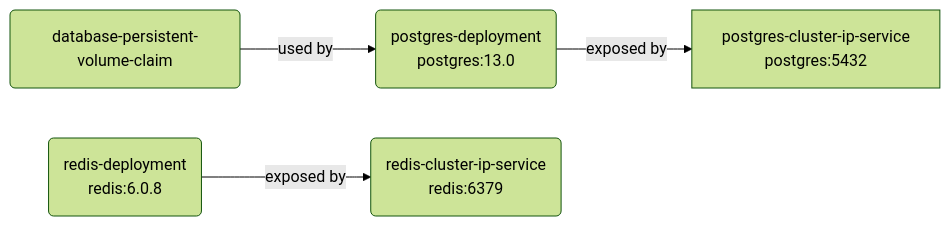
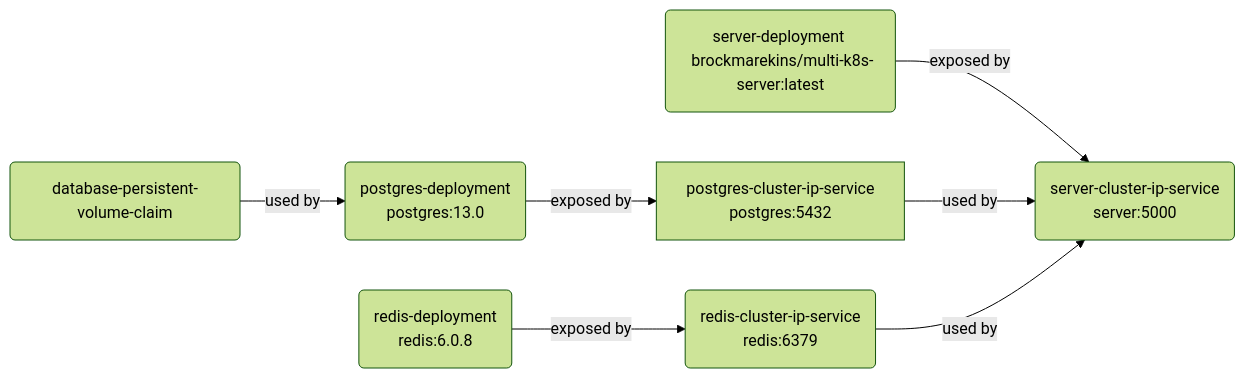
The diagram in README.md (BrockMarekins/multi-k8s), drawn with Mermaid (forest theme) before and after one commit. The commit also changed other lines of this file and 2 other files, not shown here.

Commit message:
Add server service (#5)

````diff
--- a/README.md
+++ b/README.md
@@ -14,6 +16,9 @@
 ```mermaid
 graph LR
 A(database-persistent-volume-claim) -- used by --> B(postgres-deployment <br> postgres:13.0)
 B -- exposed by --> C[postgres-cluster-ip-service <br> postgres:5432]
 D(redis-deployment <br> redis:6.0.8) -- exposed by --> E(redis-cluster-ip-service <br> redis:6379)
+F(server-deployment <br> brockmarekins/multi-k8s-server:latest) -- exposed by --> G(server-cluster-ip-service <br> server:5000)
+C -- used by --> G
+E -- used by --> G
 ```
````
